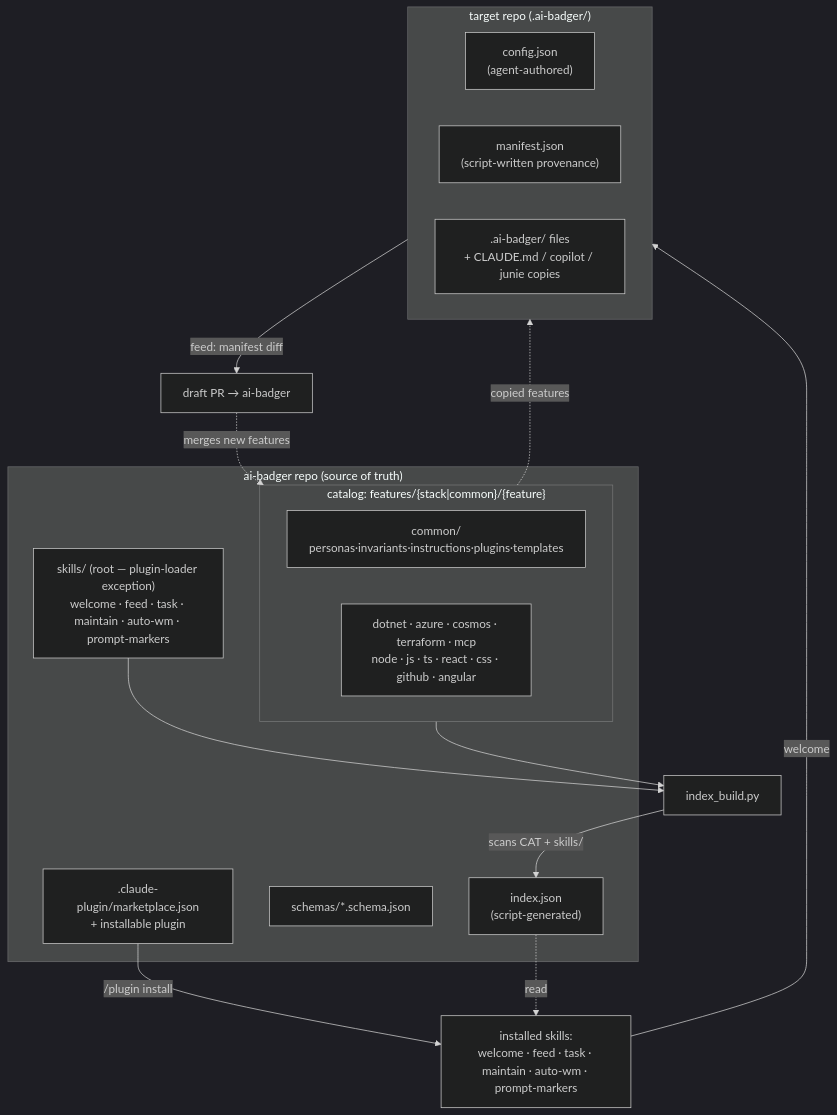
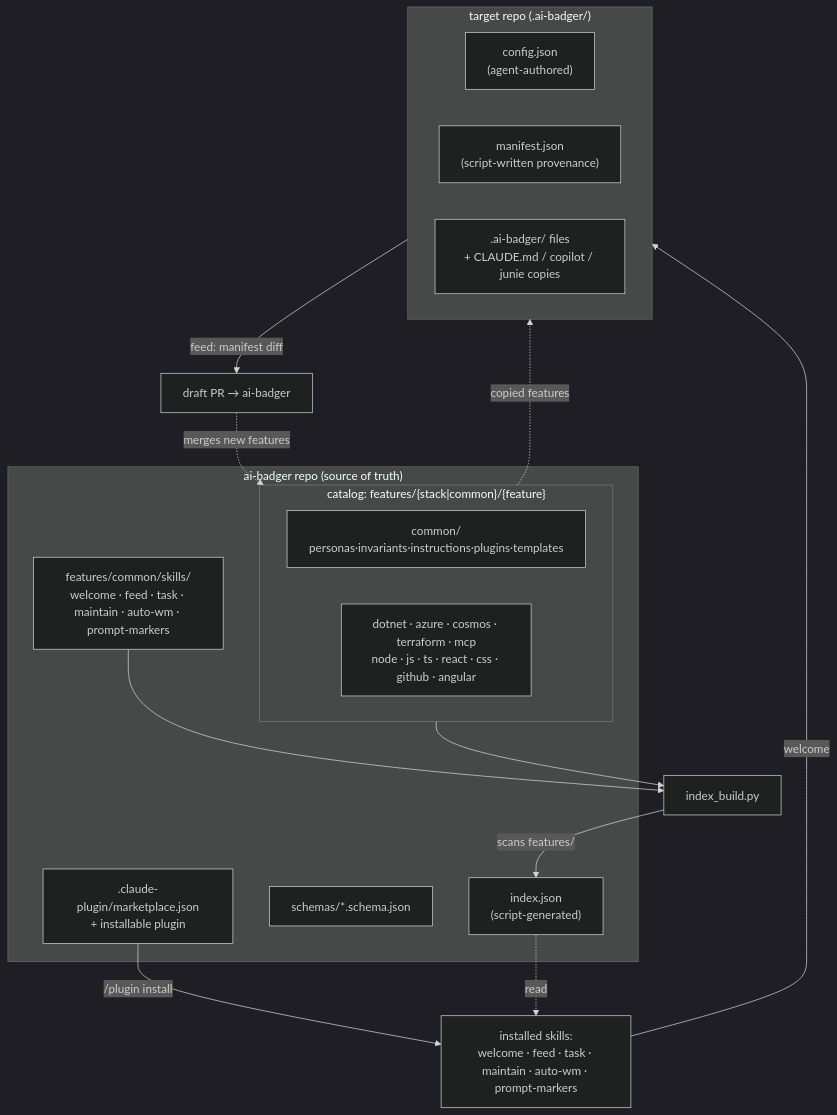
The first of 2 diagrams in README.md (Arasz/ai-badger), drawn with Mermaid (dark theme) before and after one commit. The commit also changed 5 other files, not shown here.

````diff
--- a/README.md
+++ b/README.md
@@ -117,27 +117,27 @@
 ```mermaid
 flowchart TB
   subgraph FW["ai-badger repo (source of truth)"]
     IDX["index.json\n(script-generated)"]
     SCH["schemas/*.schema.json"]
     subgraph CAT["catalog: features/{stack|common}/{feature}"]
       COMMON["common/\npersonas·invariants·instructions·plugins·templates"]
       STACKS["dotnet · azure · cosmos · terraform · mcp\nnode · js · ts · react · css · github · angular"]
     end
-    SKILLSDIR["skills/ (root — plugin-loader exception)\nwelcome · feed · task · maintain · auto-wm · prompt-markers"]
+    SKILLSDIR["features/common/skills/\nwelcome · feed · task · maintain · auto-wm · prompt-markers"]
     MKT[".claude-plugin/marketplace.json\n+ installable plugin"]
   end
-  IDXbuild["index_build.py"] -->|scans CAT + skills/| IDX
+  IDXbuild["index_build.py"] -->|scans features/| IDX
   CAT --> IDXbuild
   SKILLSDIR --> IDXbuild
   MKT -->|/plugin install| SKILLS["installed skills:\nwelcome · feed · task · maintain · auto-wm · prompt-markers"]
   IDX -. read .-> SKILLS
   CAT -. copied features .-> PROJ
   subgraph PROJ["target repo (.ai-badger/)"]
     CFG["config.json\n(agent-authored)"]
     MAN["manifest.json\n(script-written provenance)"]
     OUT[".ai-badger/ files\n+ CLAUDE.md / copilot / junie copies"]
   end
   SKILLS -->|welcome| PROJ
   PROJ -->|feed: manifest diff| PRD["draft PR → ai-badger"]
   PRD -. merges new features .-> CAT
 ```
````
